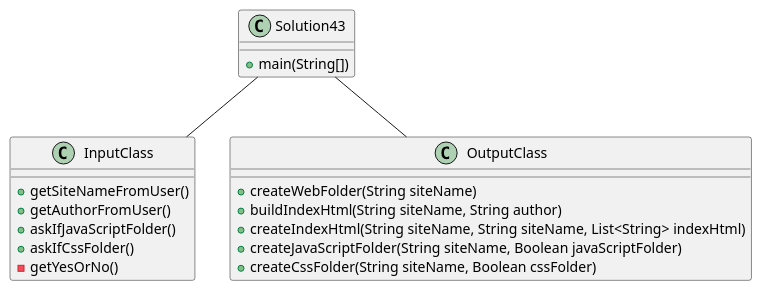
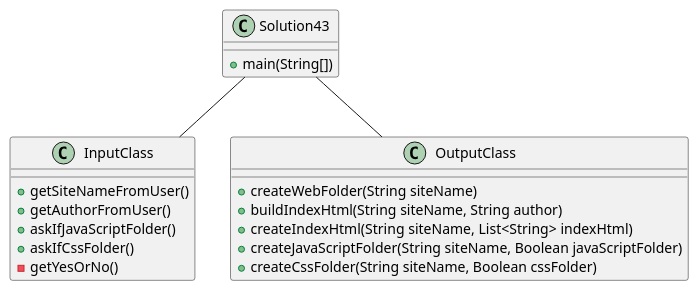
Before and after one commit to BlakeLoch/lochmandy-a04: the diagram in exercise43/docs/Class Diagram.puml, drawn with PlantUML. The commit also changed 2 other files, not shown here.

```diff
--- a/exercise43/docs/Class Diagram.puml
+++ b/exercise43/docs/Class Diagram.puml
@@ -1,27 +1,27 @@
 @startuml
 
 class InputClass {
   +getSiteNameFromUser()
   +getAuthorFromUser()
   +askIfJavaScriptFolder()
   +askIfCssFolder()
   -getYesOrNo()
 }
 
 
 class OutputClass {
   +createWebFolder(String siteName)
   +buildIndexHtml(String siteName, String author)
-  +createIndexHtml(String siteName, String siteName, List<String> indexHtml)
+  +createIndexHtml(String siteName, List<String> indexHtml)
   +createJavaScriptFolder(String siteName, Boolean javaScriptFolder)
   +createCssFolder(String siteName, Boolean cssFolder)
 }
 
 class Solution43 {
 +main(String[])
 }
 
 Solution43 -- InputClass
 Solution43 -- OutputClass
 
 @enduml
```
